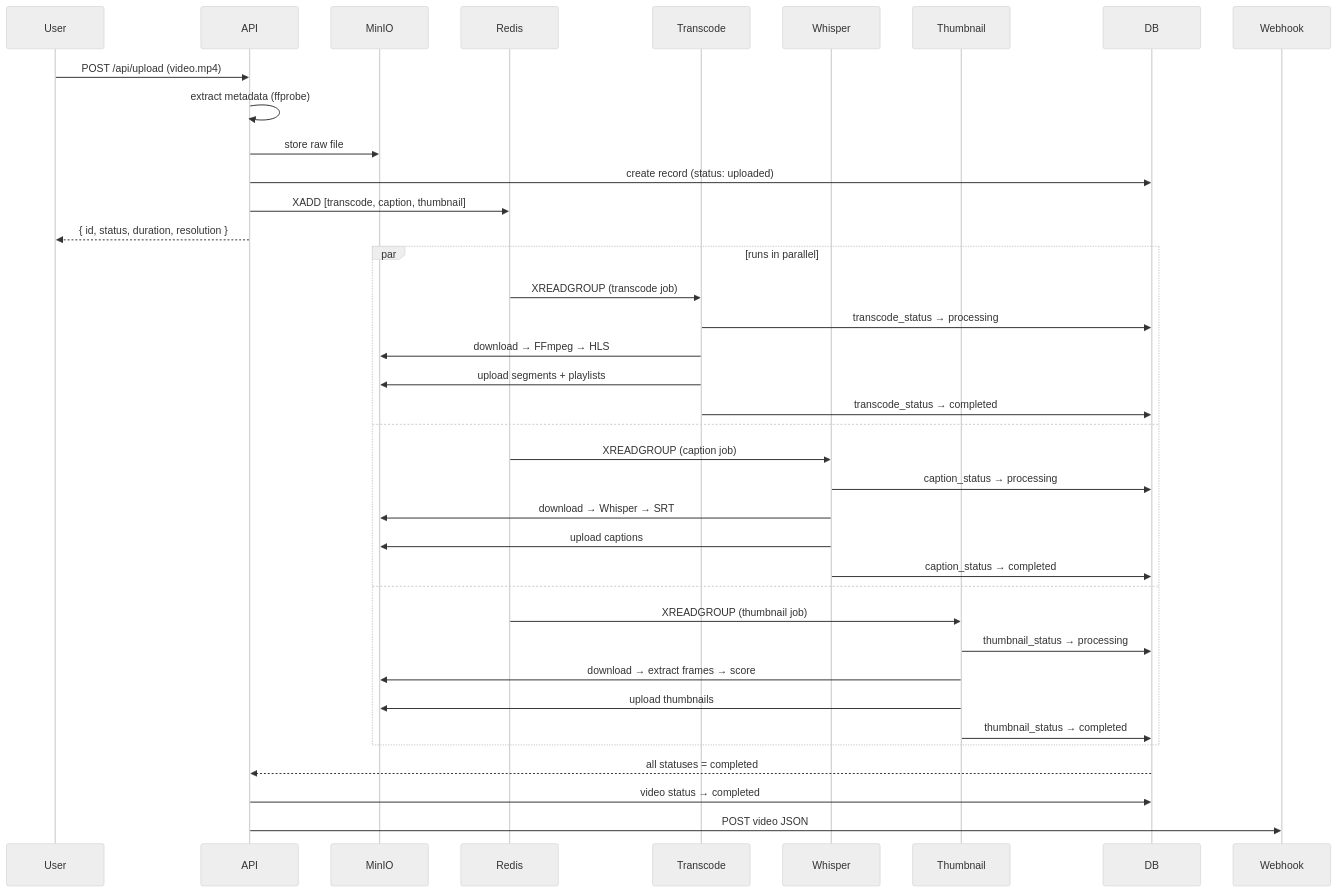
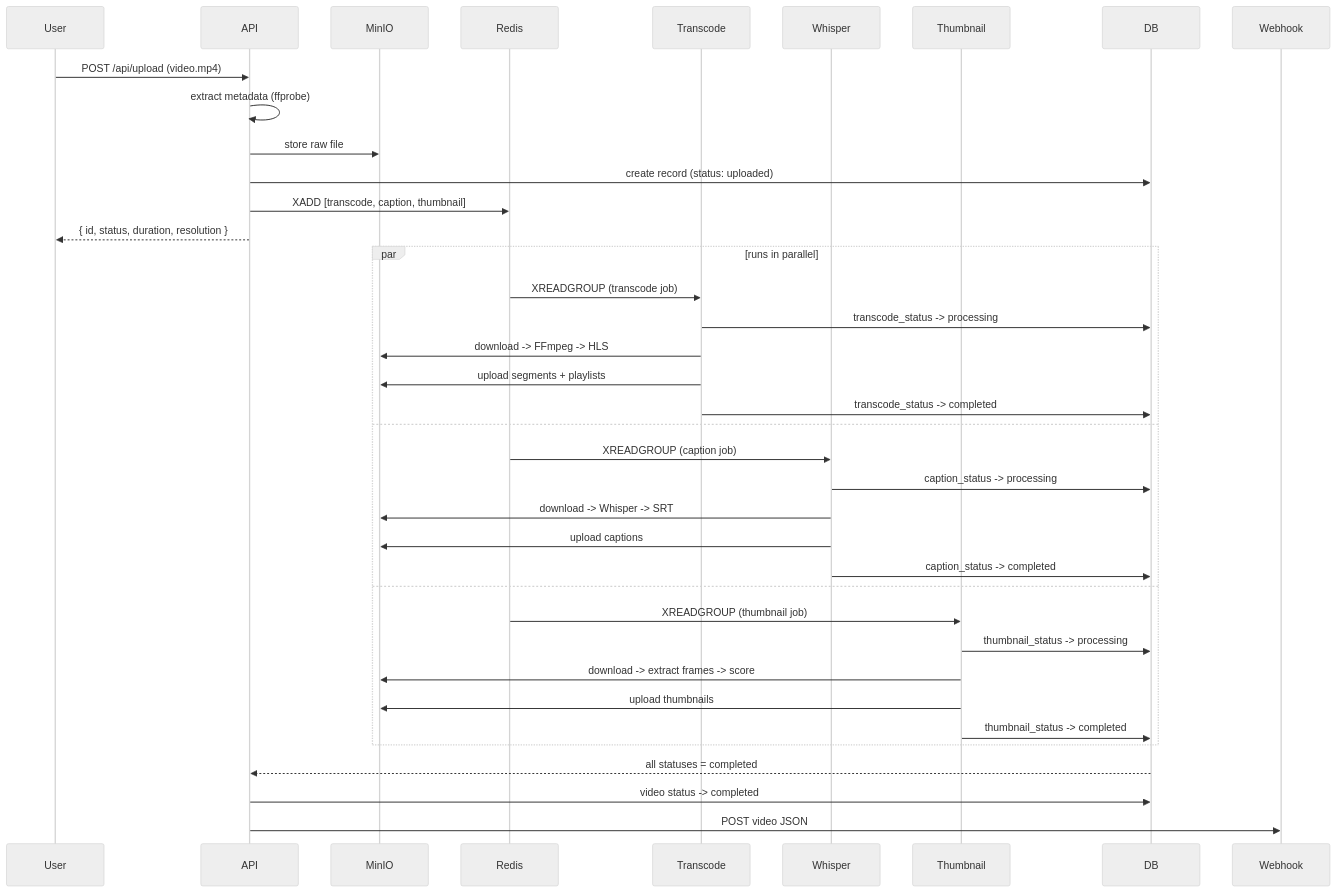
One commit to Nixxx19/vidpipe changed the second of 2 diagrams in README.md. Above: the diagram before and after it, drawn with Mermaid (neutral theme). The commit also changed other lines of this file, not shown here.

Commit message:
remove special characters

````diff
--- a/README.md
+++ b/README.md
@@ -177,43 +177,43 @@
 ```mermaid
 sequenceDiagram
     participant User
     participant API
     participant MinIO
     participant Redis
     participant Transcode
     participant Whisper
     participant Thumbnail
     participant DB
     participant Webhook
 
     User->>API: POST /api/upload (video.mp4)
     API->>API: extract metadata (ffprobe)
     API->>MinIO: store raw file
     API->>DB: create record (status: uploaded)
     API->>Redis: XADD [transcode, caption, thumbnail]
     API-->>User: { id, status, duration, resolution }
 
     par runs in parallel
         Redis->>Transcode: XREADGROUP (transcode job)
-        Transcode->>DB: transcode_status → processing
-        Transcode->>MinIO: download → FFmpeg → HLS
+        Transcode->>DB: transcode_status -> processing
+        Transcode->>MinIO: download -> FFmpeg -> HLS
         Transcode->>MinIO: upload segments + playlists
-        Transcode->>DB: transcode_status → completed
+        Transcode->>DB: transcode_status -> completed
     and
         Redis->>Whisper: XREADGROUP (caption job)
-        Whisper->>DB: caption_status → processing
-        Whisper->>MinIO: download → Whisper → SRT
+        Whisper->>DB: caption_status -> processing
+        Whisper->>MinIO: download -> Whisper -> SRT
         Whisper->>MinIO: upload captions
-        Whisper->>DB: caption_status → completed
+        Whisper->>DB: caption_status -> completed
     and
         Redis->>Thumbnail: XREADGROUP (thumbnail job)
-        Thumbnail->>DB: thumbnail_status → processing
-        Thumbnail->>MinIO: download → extract frames → score
+        Thumbnail->>DB: thumbnail_status -> processing
+        Thumbnail->>MinIO: download -> extract frames -> score
         Thumbnail->>MinIO: upload thumbnails
-        Thumbnail->>DB: thumbnail_status → completed
+        Thumbnail->>DB: thumbnail_status -> completed
     end
 
     DB-->>API: all statuses = completed
-    API->>DB: video status → completed
+    API->>DB: video status -> completed
     API->>Webhook: POST video JSON
 ```
````
